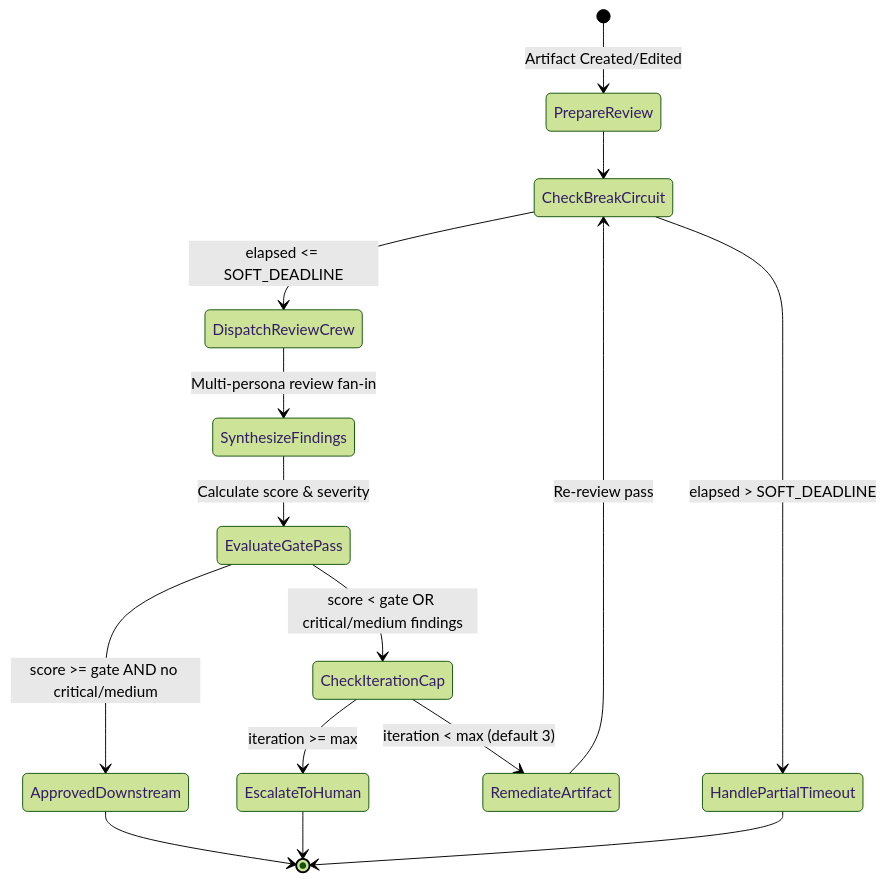
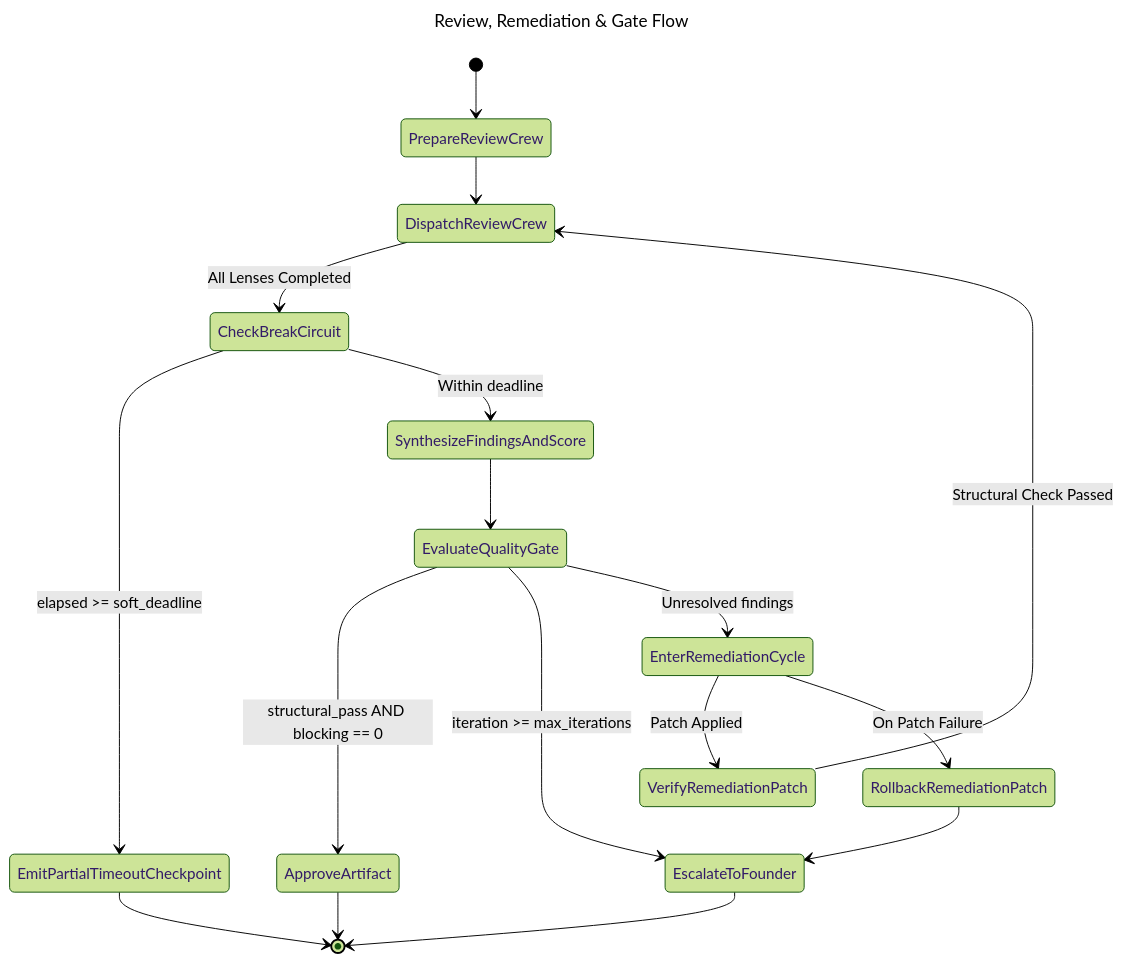
The first of 2 diagrams in framework/governance/REVIEW_REMEDIATION_FLOW.md (vladm3105/aidoc-flow-framework), drawn with Mermaid (forest theme) before and after one commit. The commit also changed other lines of this file and 349 other files, not shown here.

````diff
--- a/framework/governance/REVIEW_REMEDIATION_FLOW.md
+++ b/framework/governance/REVIEW_REMEDIATION_FLOW.md
@@ -101,17 +130,29 @@
 ```mermaid
+---
+title: Review, Remediation & Gate Flow
+---
 stateDiagram-v2
-    [*] --> PrepareReview: Artifact Created/Edited
-    PrepareReview --> CheckBreakCircuit
-    CheckBreakCircuit --> DispatchReviewCrew: elapsed <= SOFT_DEADLINE
-    CheckBreakCircuit --> HandlePartialTimeout: elapsed > SOFT_DEADLINE
-    DispatchReviewCrew --> SynthesizeFindings: Multi-persona review fan-in
-    SynthesizeFindings --> EvaluateGatePass: Calculate score & severity
-    EvaluateGatePass --> ApprovedDownstream: score >= gate AND no critical/medium
-    EvaluateGatePass --> CheckIterationCap: score < gate OR critical/medium findings
-    ApprovedDownstream --> [*]
-    CheckIterationCap --> RemediateArtifact: iteration < max (default 3)
-    CheckIterationCap --> EscalateToHuman: iteration >= max
-    RemediateArtifact --> CheckBreakCircuit: Re-review pass
-    EscalateToHuman --> [*]
-    HandlePartialTimeout --> [*]
+    direction TB
+
+    [*] --> PrepareReviewCrew
+    PrepareReviewCrew --> DispatchReviewCrew
+    DispatchReviewCrew --> CheckBreakCircuit: All Lenses Completed
+    
+    CheckBreakCircuit --> EmitPartialTimeoutCheckpoint: elapsed >= soft_deadline
+    CheckBreakCircuit --> SynthesizeFindingsAndScore: Within deadline
+
+    SynthesizeFindingsAndScore --> EvaluateQualityGate
+    EvaluateQualityGate --> ApproveArtifact: structural_pass AND blocking == 0
+    EvaluateQualityGate --> EscalateToFounder: iteration >= max_iterations
+    EvaluateQualityGate --> EnterRemediationCycle: Unresolved findings
+
+    EnterRemediationCycle --> VerifyRemediationPatch: Patch Applied
+    EnterRemediationCycle --> RollbackRemediationPatch: On Patch Failure
+    RollbackRemediationPatch --> EscalateToFounder
+
+    VerifyRemediationPatch --> DispatchReviewCrew: Structural Check Passed
+
+    ApproveArtifact --> [*]
+    EscalateToFounder --> [*]
+    EmitPartialTimeoutCheckpoint --> [*]
 ```
````
